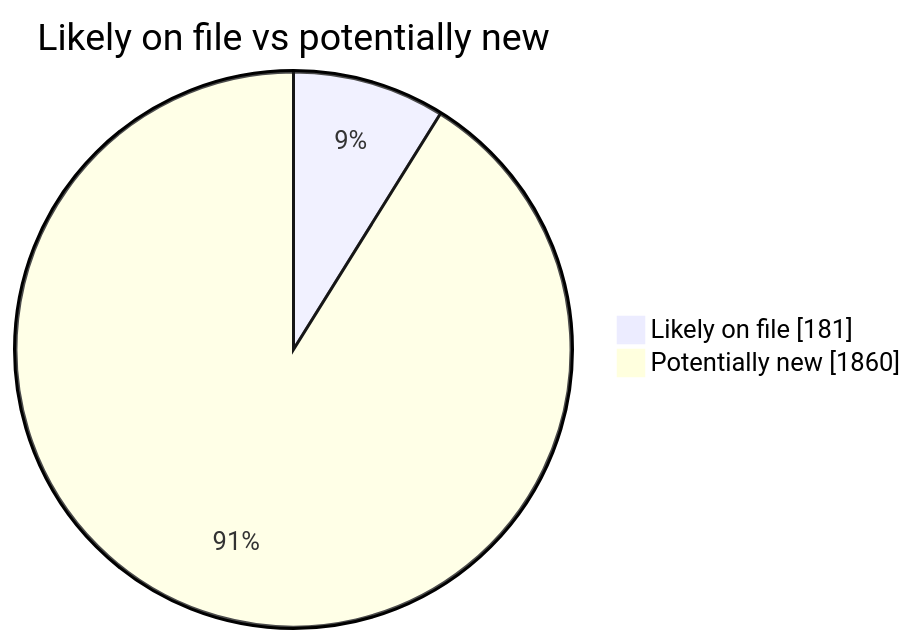
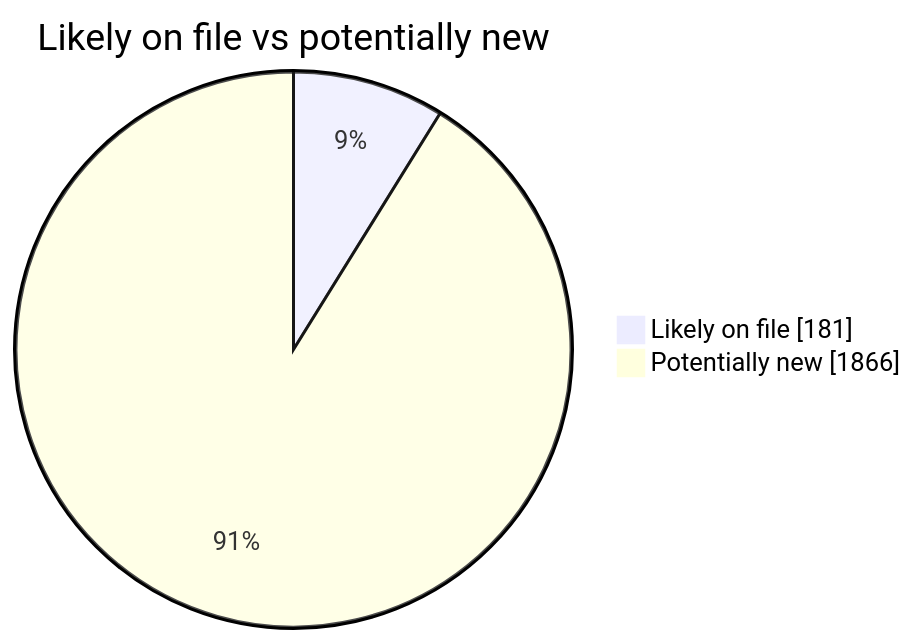
Before and after one commit to martinbalfanz/social-scanner-reports: the second of 4 diagrams in README.md, drawn with Mermaid. The commit also changed other lines of this file and 4 other files, not shown here.

````diff
--- a/README.md
+++ b/README.md
@@ -40,5 +40,5 @@
 ```mermaid
 pie showData title Likely on file vs potentially new
     "Likely on file" : 181
-    "Potentially new" : 1860
+    "Potentially new" : 1866
 ```
````
